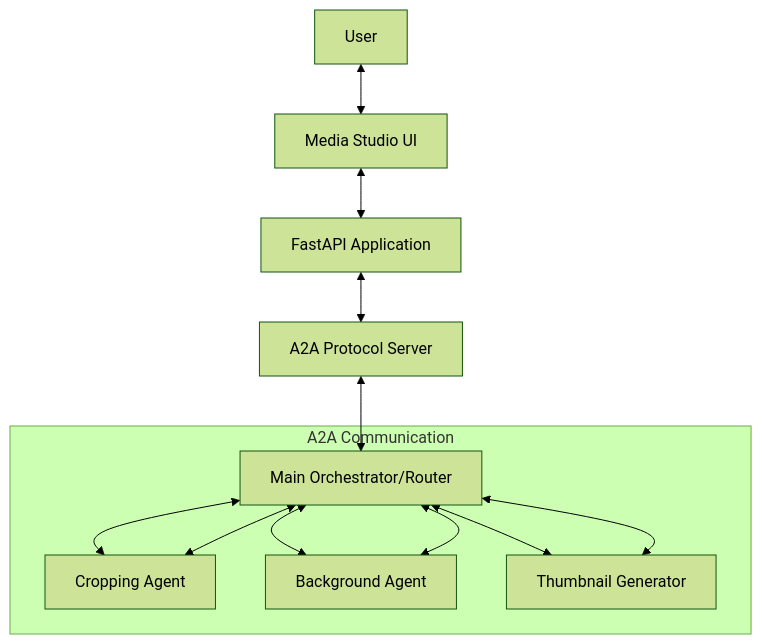
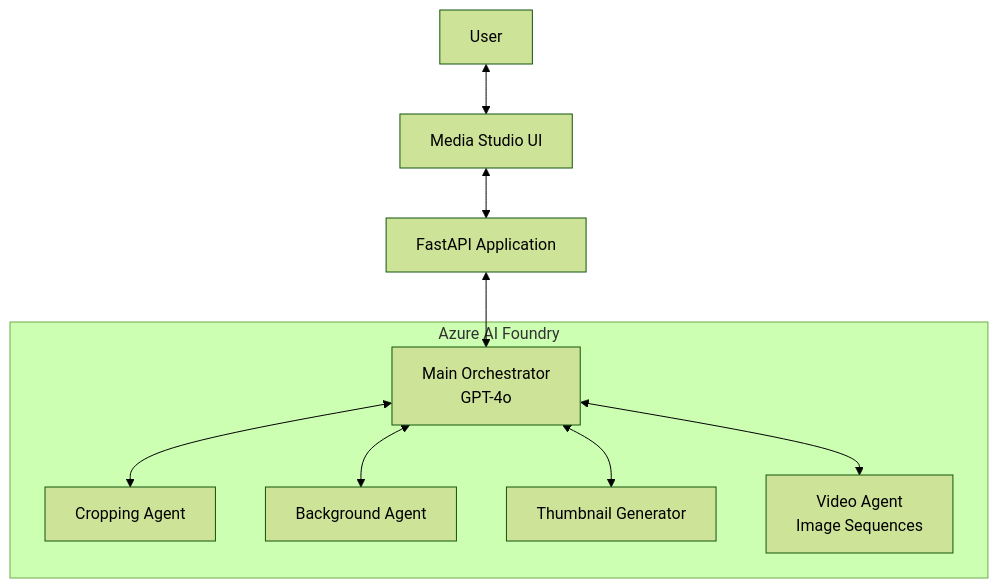
The diagram in README.md (MicrosoftCloudEssentials-LearningHub/Agentic-AI-Media-Assistant), drawn with Mermaid (forest theme) before and after one commit. The commit also changed other lines of this file and 25 other files, not shown here.

````diff
--- a/README.md
+++ b/README.md
@@ -86,16 +111,19 @@
 ```mermaid
 graph TD
     User[User] <--> UI[Media Studio UI]
     UI <--> App[FastAPI Application]
-    App <--> A2A[A2A Protocol Server]
-    A2A <--> Orchestrator[Main Orchestrator/Router]
+    App <--> Orchestrator[Main Orchestrator<br/>GPT-4o]
+    
     Orchestrator <--> Crop[Cropping Agent]
     Orchestrator <--> BG[Background Agent]
-    Orchestrator <--> Gen[Thumbnail Generator]
+    Orchestrator <--> Thumb[Thumbnail Generator]
+    Orchestrator <--> Video[Video Agent<br/>Image Sequences]
     
-    subgraph "A2A Communication"
-        Orchestrator <--> Crop
-        Orchestrator <--> BG
-        Orchestrator <--> Gen
+    subgraph "Azure AI Foundry"
+        Orchestrator
+        Crop
+        BG
+        Thumb
+        Video
     end
 ```
````
